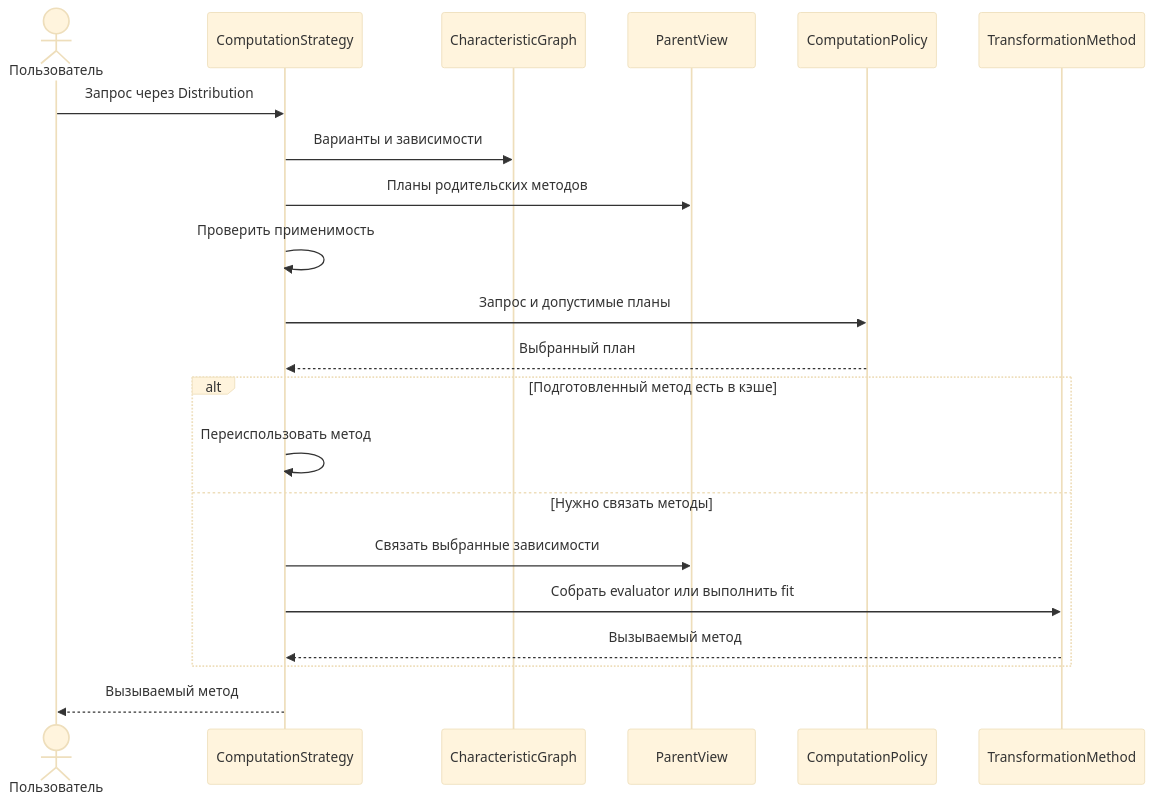
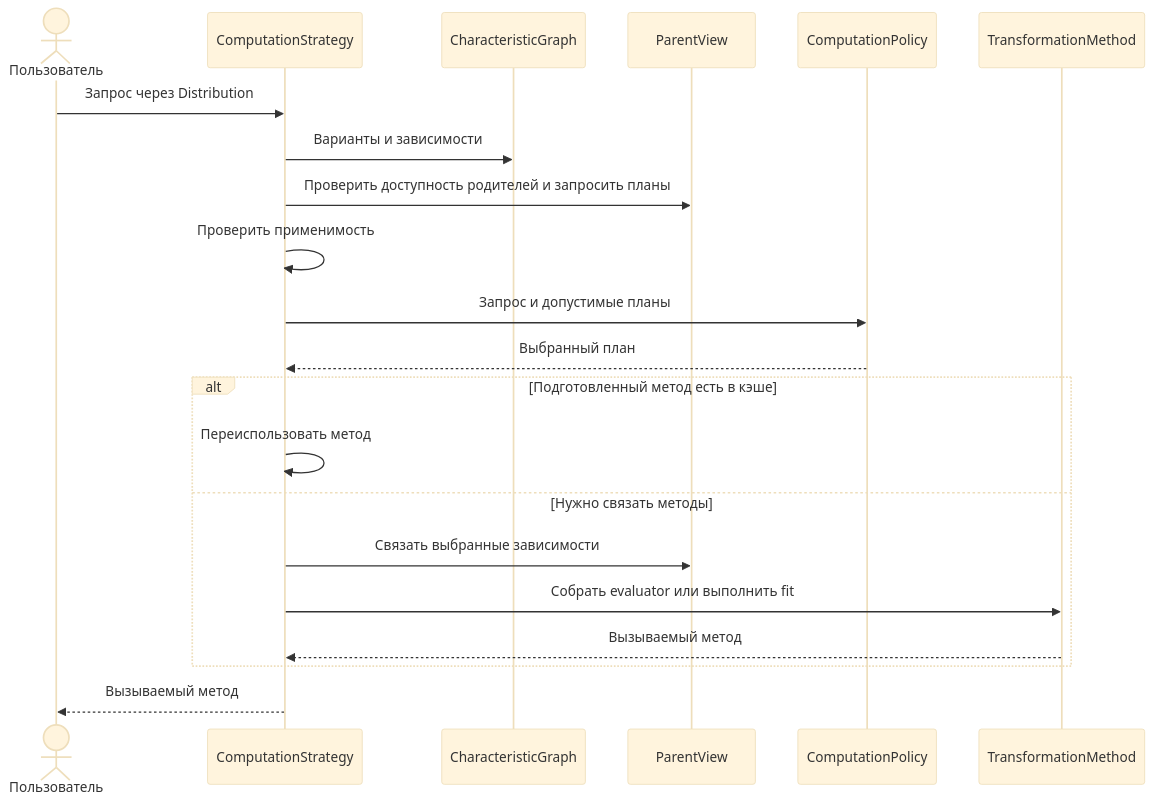
Before and after one commit to siwreienta/pysatl-core-report: the fourth of 4 diagrams in architecture/ADR-0001-entry-computations.md, drawn with Mermaid (base theme). The commit also changed other lines of this file, not shown here.

First line of the commit message:
docs(architecture): specify weak parent references

````diff
--- a/architecture/ADR-0001-entry-computations.md
+++ b/architecture/ADR-0001-entry-computations.md
@@ -224,23 +253,23 @@
 ```mermaid
 sequenceDiagram
     actor U as Пользователь
     participant S as ComputationStrategy
     participant G as CharacteristicGraph
     participant R as ParentView
     participant P as ComputationPolicy
     participant M as TransformationMethod
     U->>S: Запрос через Distribution
     S->>G: Варианты и зависимости
-    S->>R: Планы родительских методов
+    S->>R: Проверить доступность родителей и запросить планы
     S->>S: Проверить применимость
     S->>P: Запрос и допустимые планы
     P-->>S: Выбранный план
     alt Подготовленный метод есть в кэше
         S->>S: Переиспользовать метод
     else Нужно связать методы
         S->>R: Связать выбранные зависимости
         S->>M: Собрать evaluator или выполнить fit
         M-->>S: Вызываемый метод
     end
     S-->>U: Вызываемый метод
 ```
````
